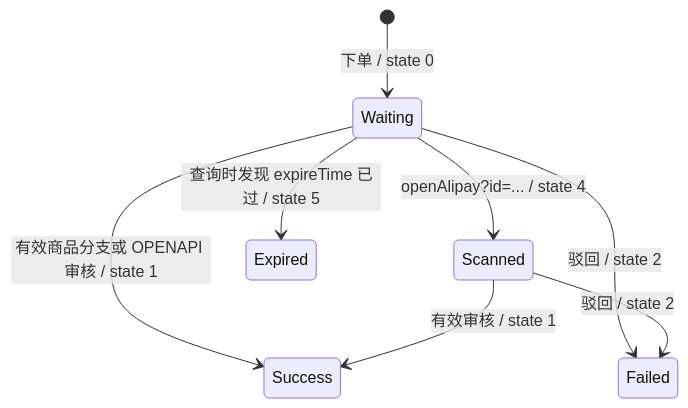
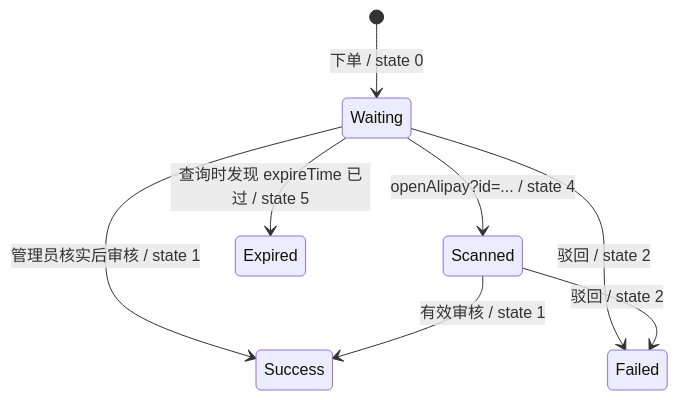
Before and after one commit to ma906584241/PayPro: the third of 3 diagrams in docs/02-architecture-and-flows.md, drawn with Mermaid. The commit also changed other lines of this file and 48 other files, not shown here.

````diff
--- a/docs/02-architecture-and-flows.md
+++ b/docs/02-architecture-and-flows.md
@@ -105,10 +109,10 @@
 ```mermaid
 stateDiagram-v2
     [*] --> Waiting: 下单 / state 0
     Waiting --> Scanned: openAlipay?id=... / state 4
-    Waiting --> Success: 有效商品分支或 OPENAPI 审核 / state 1
+    Waiting --> Success: 管理员核实后审核 / state 1
     Scanned --> Success: 有效审核 / state 1
     Waiting --> Failed: 驳回 / state 2
     Scanned --> Failed: 驳回 / state 2
     Waiting --> Expired: 查询时发现 expireTime 已过 / state 5
 ```
````
